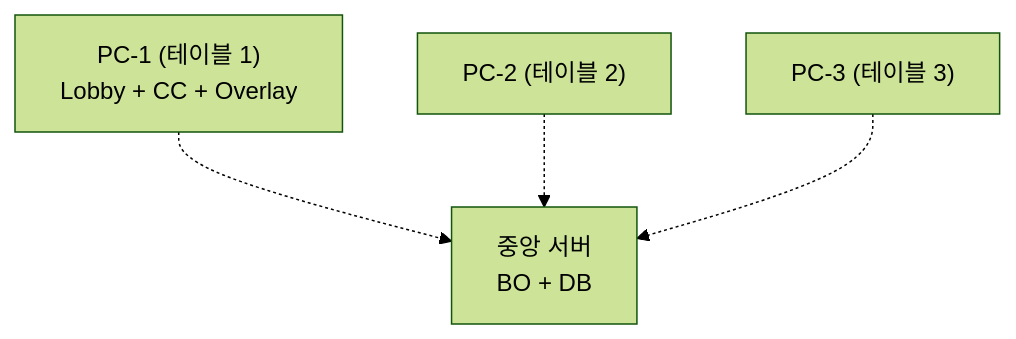
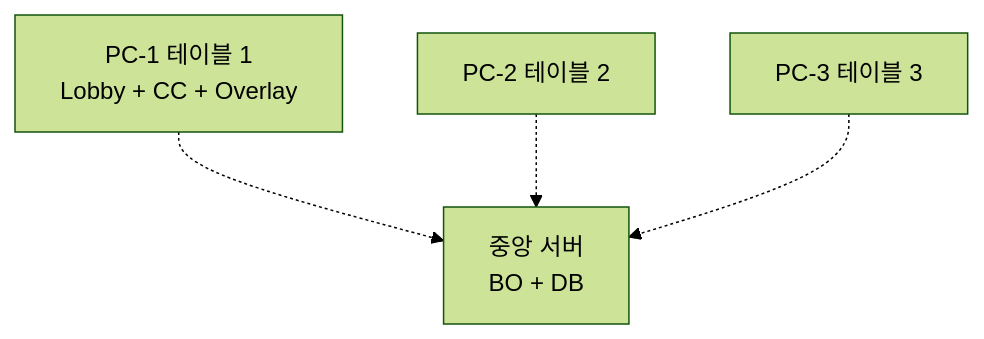
One commit to garimto81/ebs_github changed diagram 17 of 18 in docs/1. Product/Foundation.md. Above: the diagram before and after it, drawn with Mermaid (forest theme). The commit also changed other lines of this file and 2 other files, not shown here.

Commit message:
docs(foundation): v4.0 Graphic Novel Edition 본문 교체 (Foundation_redesign 통합)

````diff
--- a/docs/1. Product/Foundation.md
+++ b/docs/1. Product/Foundation.md
@@ -1487,10 +977,10 @@
 ```mermaid
 flowchart TD
-    Server["중앙 서버<br/>BO + DB"]
-    PC1["PC-1 (테이블 1)<br/>Lobby + CC + Overlay"]
-    PC2["PC-2 (테이블 2)"]
-    PC3["PC-3 (테이블 3)"]
+    Server[중앙 서버<br/>BO + DB]
+    PC1[PC-1 테이블 1<br/>Lobby + CC + Overlay]
+    PC2[PC-2 테이블 2]
+    PC3[PC-3 테이블 3]
     PC1 -.-> Server
     PC2 -.-> Server
     PC3 -.-> Server
 ```
````
